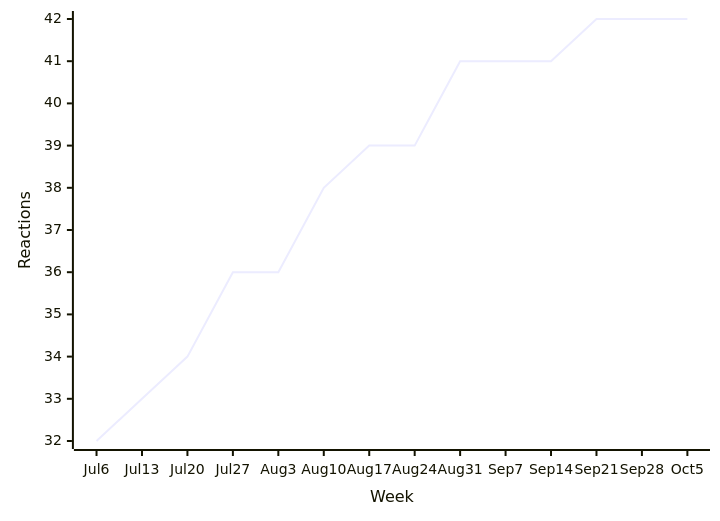
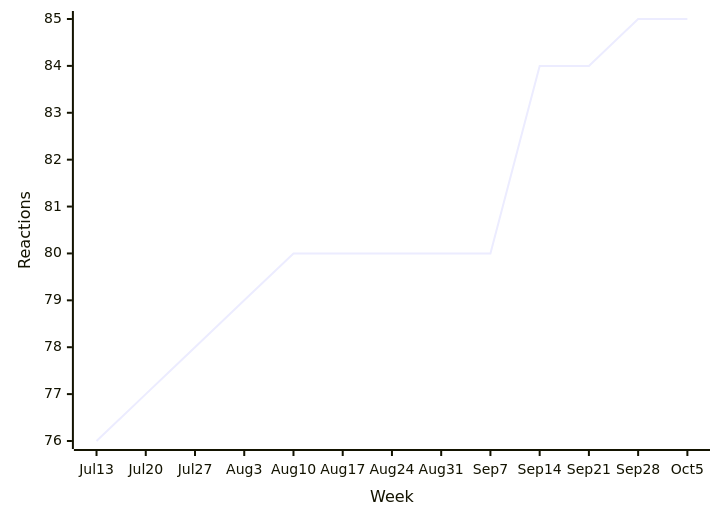
Before and after one commit to loic-sharma/github-insights: diagram 13 of 34 in README.md, drawn with Mermaid. The commit also changed other lines of this file and 3 other files, not shown here.

````diff
--- a/README.md
+++ b/README.md
@@ -528,6 +528,6 @@
   ```mermaid
   xychart-beta
-    x-axis "Week" [Jul 6, Jul 13, Jul 20, Jul 27, Aug 3, Aug 10, Aug 17, Aug 24, Aug 31, Sep 7, Sep 14, Sep 21, Sep 28, Oct 5]
+    x-axis "Week" [Jul 13, Jul 20, Jul 27, Aug 3, Aug 10, Aug 17, Aug 24, Aug 31, Sep 7, Sep 14, Sep 21, Sep 28, Oct 5]
     y-axis "Reactions"
-    line [32, 33, 34, 36, 36, 38, 39, 39, 41, 41, 41, 42, 42, 42]
+    line [76, 77, 78, 79, 80, 80, 80, 80, 80, 84, 84, 85, 85]
   ```
````
